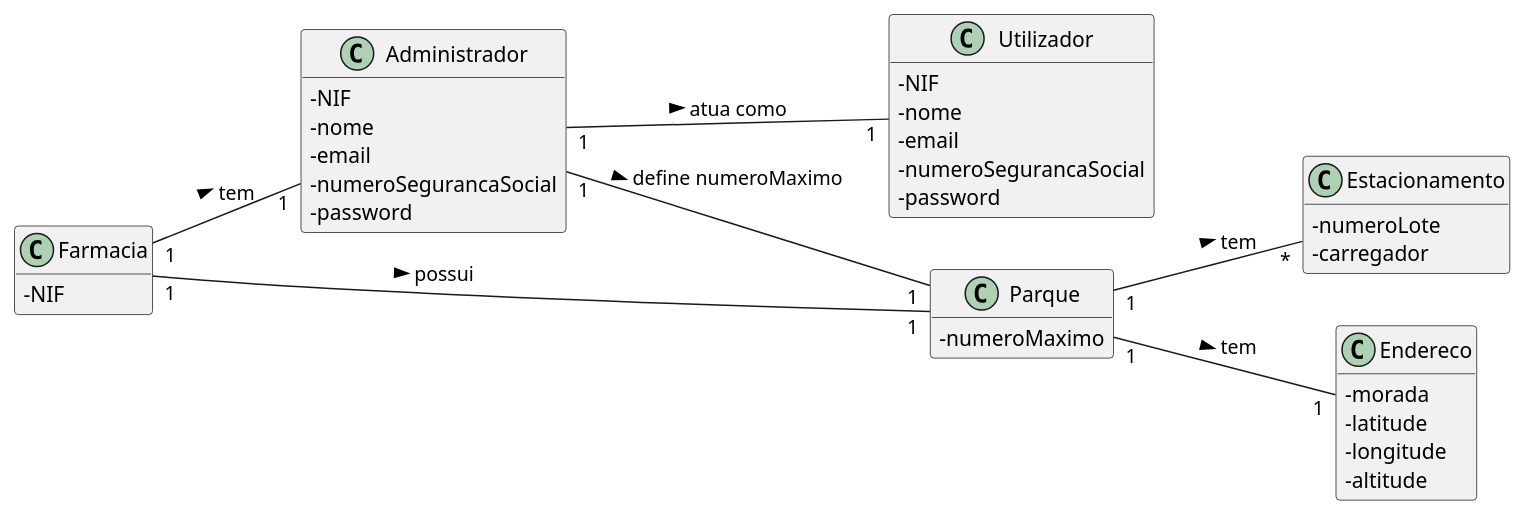
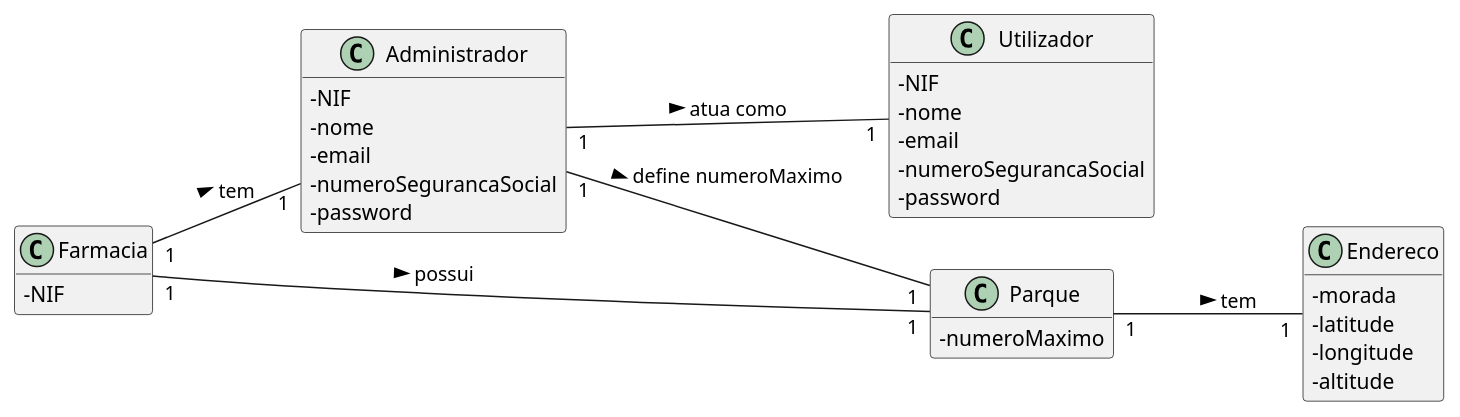
Before and after one commit to pedrolemos4/LAPR3: the diagram in docs/UC8/MD-REGISTAR FARMACIA.puml, drawn with PlantUML. The commit also changed 3 other files, not shown here.

```diff
--- a/docs/UC8/MD-REGISTAR FARMACIA.puml
+++ b/docs/UC8/MD-REGISTAR FARMACIA.puml
@@ -1,49 +1,43 @@
 @startuml
 skinparam classAttributeIconSize 0
 hide methods
 left to right direction
 
 class Farmacia {
   -NIF
-}
-
-class Estacionamento {
-  -numeroLote
-  -carregador
 }
 
 class Utilizador {
   -NIF
   -nome
   -email
   -numeroSegurancaSocial
   -password
 }
 
 class Administrador {
   -NIF
   -nome
   -email
   -numeroSegurancaSocial
   -password
 }
 
 class Endereco {
   -morada
   -latitude
   -longitude
   -altitude
 }
 
 class Parque {
   -numeroMaximo
 }
 
 Administrador "1" -- "1" Utilizador: atua como >
 Administrador "1" -- "1" Parque: define numeroMaximo >
 Farmacia "1" -- "1" Parque: possui >
 Parque "1" -- "1" Endereco: tem >
-Parque "1" -- "*" Estacionamento: tem >
 Farmacia "1" -- "1" Administrador: tem >
 
 @enduml
```
